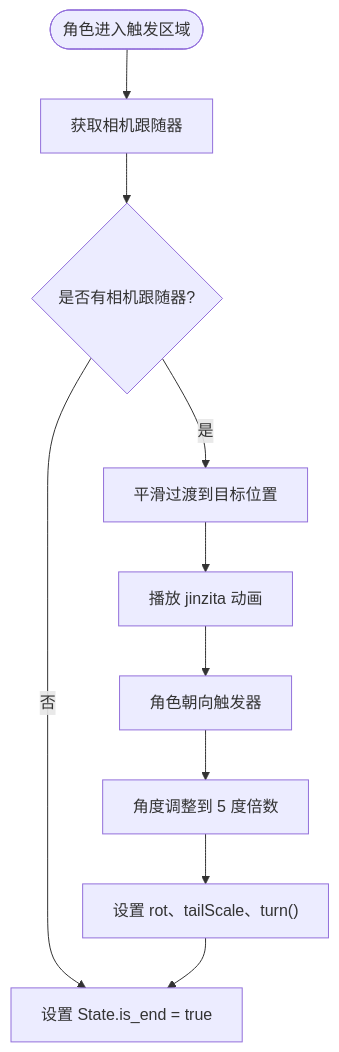
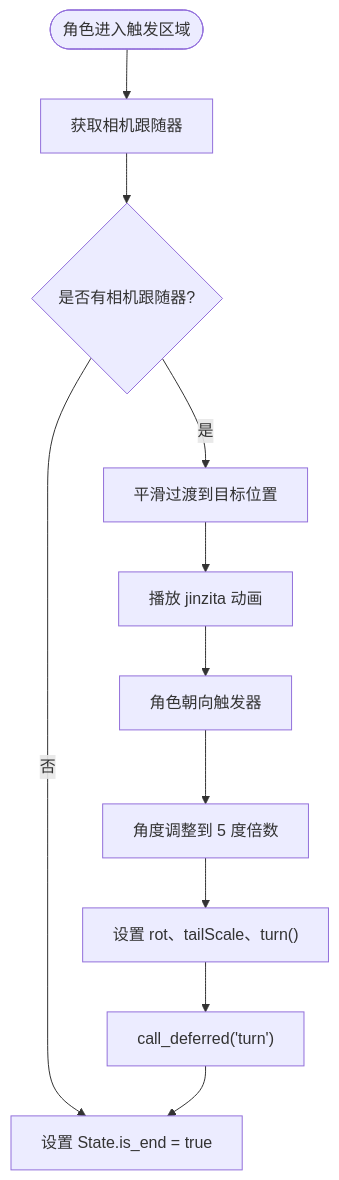
Before and after one commit to godotline/godot-line: the sixth of 12 diagrams in .qoder/repowiki/zh/content/游戏系统/触发器系统/触发器系统.md, drawn with Mermaid. The commit also changed other lines of this file and 18 other files, not shown here.

````diff
--- a/.qoder/repowiki/zh/content/游戏系统/触发器系统/触发器系统.md
+++ b/.qoder/repowiki/zh/content/游戏系统/触发器系统/触发器系统.md
@@ -395,12 +404,13 @@
 ```mermaid
 flowchart TD
 Start(["角色进入触发区域"]) --> GetCamera["获取相机跟随器"]
 GetCamera --> CheckCamera{"是否有相机跟随器?"}
 CheckCamera --> |否| SetEnd["设置 State.is_end = true"]
 CheckCamera --> |是| LerpCamera["平滑过渡到目标位置"]
 LerpCamera --> PlayAnim["播放 jinzita 动画"]
 PlayAnim --> LookAt["角色朝向触发器"]
 LookAt --> RoundAngle["角度调整到 5 度倍数"]
 RoundAngle --> SetFlags["设置 rot、tailScale、turn()"]
-SetFlags --> SetEnd
+SetFlags --> CallDeferred["call_deferred('turn')"]
+CallDeferred --> SetEnd
 ```
````
